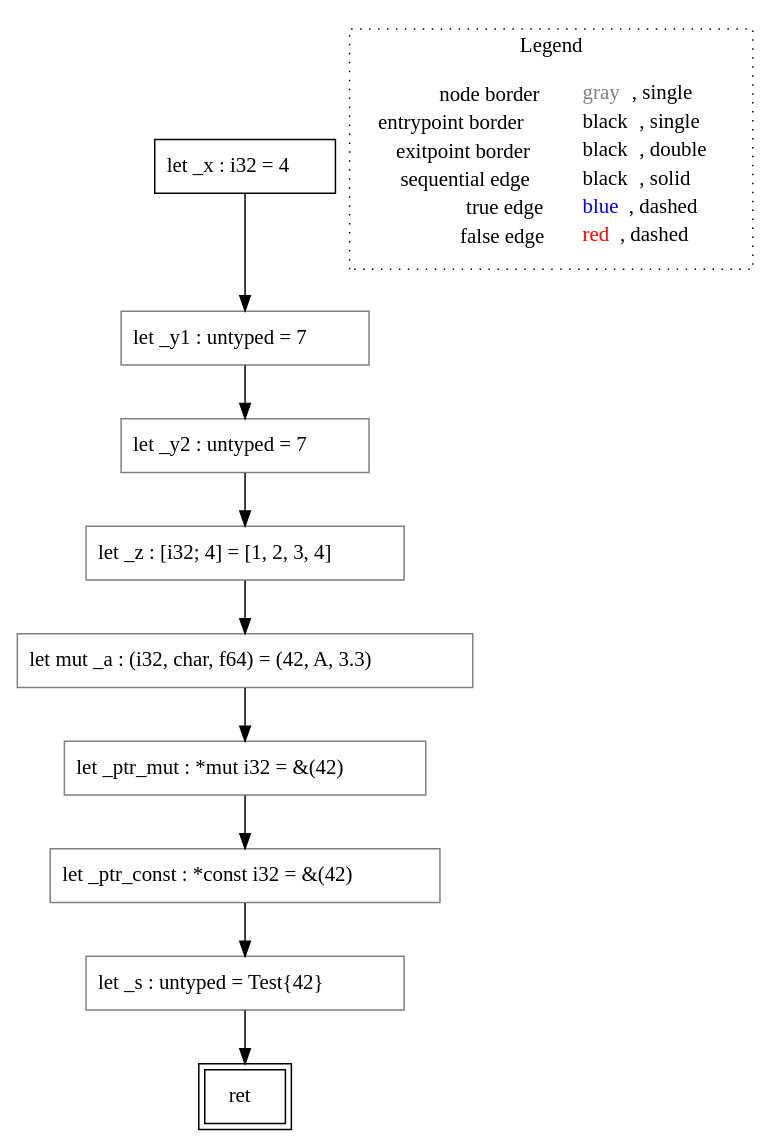
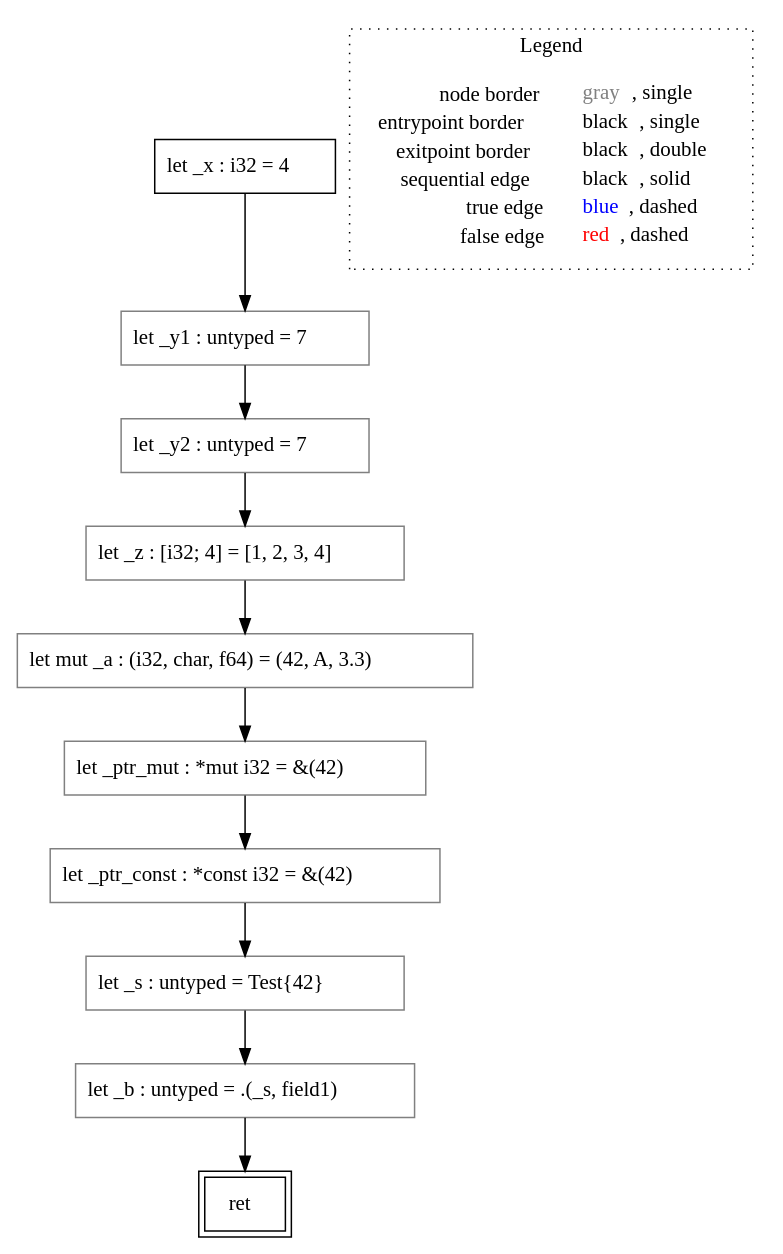
Before and after one commit to VincenzoArceri/rust-lisa: the diagram in rust-lisa/rust-testcases/cfg/type-parsing/()_rust-testcases_cfg_type-parsing_type-parsing.rs.main().dot, drawn with Graphviz. The commit also changed 26 other files, not shown here.

```diff
--- a/rust-lisa/rust-testcases/cfg/type-parsing/()_rust-testcases_cfg_type-parsing_type-parsing.rs.main().dot
+++ b/rust-lisa/rust-testcases/cfg/type-parsing/()_rust-testcases_cfg_type-parsing_type-parsing.rs.main().dot
@@ -1,26 +1,28 @@
 digraph {
 	"node0" [shape="rect",color="black",label=<let _x : i32 = 4>];
 	"node1" [shape="rect",color="gray",label=<let mut _a : (i32, char, f64) = (42, A, 3.3)>];
-	"node2" [shape="rect",color="black",peripheries="2",label=<ret>];
-	"node3" [shape="rect",color="gray",label=<let _z : [i32; 4] = [1, 2, 3, 4]>];
+	"node2" [shape="rect",color="gray",label=<let _y2 : untyped = 7>];
+	"node3" [shape="rect",color="gray",label=<let _ptr_const : *const i32 = &amp;(42)>];
 	"node4" [shape="rect",color="gray",label=<let _ptr_mut : *mut i32 = &amp;(42)>];
-	"node5" [shape="rect",color="gray",label=<let _ptr_const : *const i32 = &amp;(42)>];
+	"node5" [shape="rect",color="black",peripheries="2",label=<ret>];
 	"node6" [shape="rect",color="gray",label=<let _y1 : untyped = 7>];
 	"node7" [shape="rect",color="gray",label=<let _s : untyped = Test{42}>];
-	"node8" [shape="rect",color="gray",label=<let _y2 : untyped = 7>];
+	"node8" [shape="rect",color="gray",label=<let _b : untyped = .(_s, field1)>];
+	"node9" [shape="rect",color="gray",label=<let _z : [i32; 4] = [1, 2, 3, 4]>];
 	"node0" -> "node6" [color="black"];
 	"node1" -> "node4" [color="black"];
-	"node3" -> "node1" [color="black"];
-	"node4" -> "node5" [color="black"];
-	"node5" -> "node7" [color="black"];
-	"node6" -> "node8" [color="black"];
-	"node7" -> "node2" [color="black"];
-	"node8" -> "node3" [color="black"];
+	"node2" -> "node9" [color="black"];
+	"node3" -> "node7" [color="black"];
+	"node4" -> "node3" [color="black"];
+	"node6" -> "node2" [color="black"];
+	"node7" -> "node8" [color="black"];
+	"node8" -> "node5" [color="black"];
+	"node9" -> "node1" [color="black"];
 subgraph cluster_legend {
 	label="Legend";
 	style=dotted;
 	node [shape=plaintext];
 	"legend" [label=<<table border="0" cellpadding="2" cellspacing="0" cellborder="0"><tr><td align="right">node border&nbsp;</td><td align="left"><font color="gray">gray</font>, single</td></tr><tr><td align="right">entrypoint border&nbsp;</td><td align="left"><font color="black">black</font>, single</td></tr><tr><td align="right">exitpoint border&nbsp;</td><td align="left"><font color="black">black</font>, double</td></tr><tr><td align="right">sequential edge&nbsp;</td><td align="left"><font color="black">black</font>, solid</td></tr><tr><td align="right">true edge&nbsp;</td><td align="left"><font color="blue">blue</font>, dashed</td></tr><tr><td align="right">false edge&nbsp;</td><td align="left"><font color="red">red</font>, dashed</td></tr></table>>];
 }
 
 }
```
